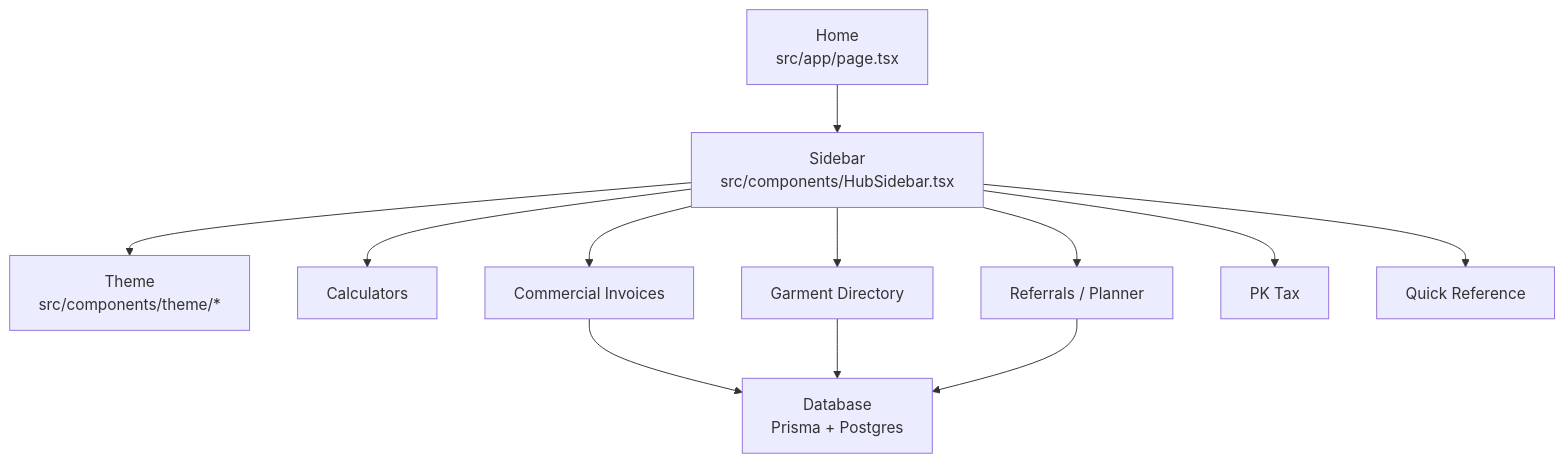
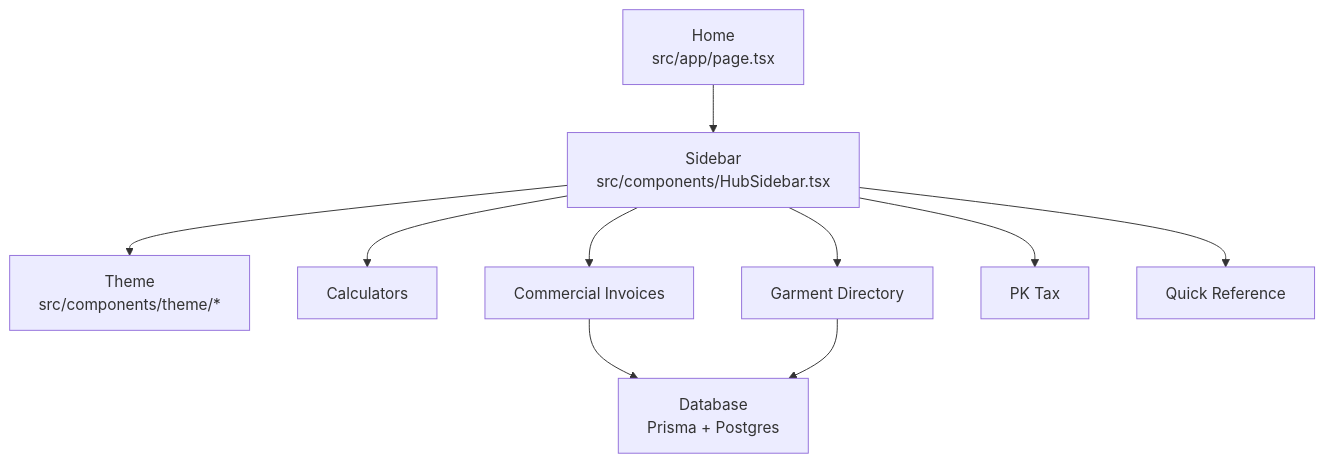
The first of 6 diagrams in docs/ai-context/repo-visual-map.md (pinsandknucklesmerch/pins-hub-app), drawn with Mermaid before and after one commit. The commit also changed other lines of this file and 44 other files, not shown here.

````diff
--- a/docs/ai-context/repo-visual-map.md
+++ b/docs/ai-context/repo-visual-map.md
@@ -7,28 +7,25 @@
 ```mermaid
 flowchart TB
   Home["Home<br/>src/app/page.tsx"]
   Sidebar["Sidebar<br/>src/components/HubSidebar.tsx"]
   Theme["Theme<br/>src/components/theme/*"]
 
   Calculators["Calculators"]
   Invoices["Commercial Invoices"]
   Garments["Garment Directory"]
-  Referrals["Referrals / Planner"]
   PkTax["PK Tax"]
   Reference["Quick Reference"]
   Database["Database<br/>Prisma + Postgres"]
 
   Home --> Sidebar
   Sidebar --> Theme
 
   Sidebar --> Calculators
   Sidebar --> Invoices
   Sidebar --> Garments
-  Sidebar --> Referrals
   Sidebar --> PkTax
   Sidebar --> Reference
 
   Invoices --> Database
   Garments --> Database
-  Referrals --> Database
 ```
````
